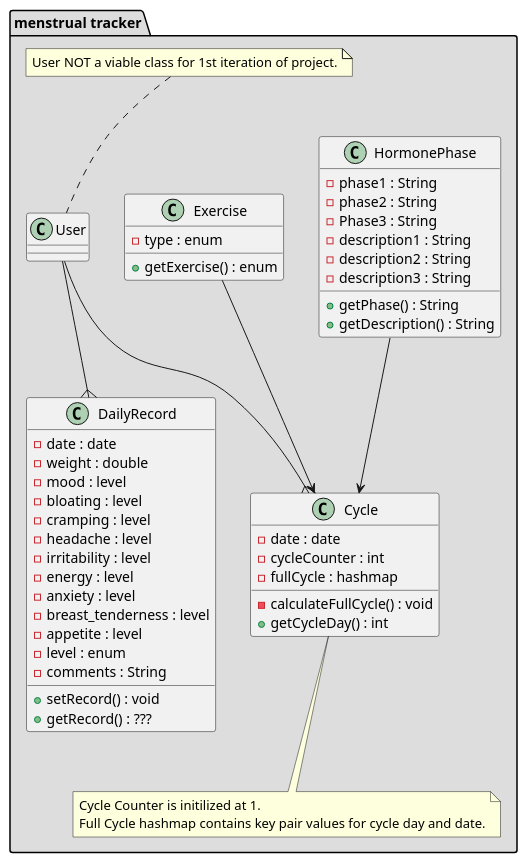
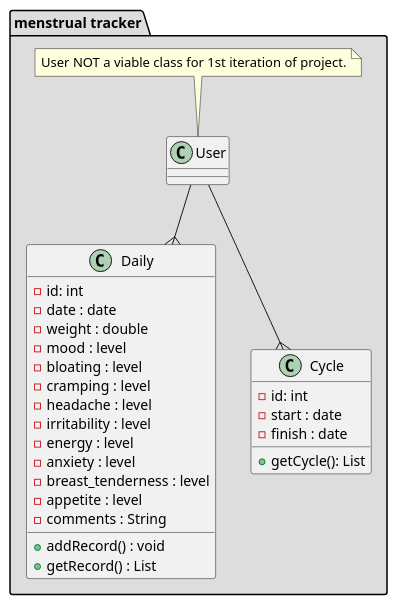
One commit to cklukas16/menstrual-tracker changed the diagram in ClassDiagram.md. Above: the diagram before and after it, drawn with PlantUML. The commit also changed 2 other files, not shown here.

Commit message:
Fixes merge conflicts (#5)

````diff
--- a/ClassDiagram.md
+++ b/ClassDiagram.md
@@ -2,67 +2,43 @@
 ```plantuml
 @startuml
 package "menstrual tracker" #DDDDDD {
     
     class User {
 
     }
     
-    class DailyRecord {
+    class Daily {
+        - id: int
         - date : date
         - weight : double
         - mood : level
         - bloating : level
         - cramping : level
         - headache : level
         - irritability : level
         - energy : level
         - anxiety : level
         - breast_tenderness : level
         - appetite : level
-        - level : enum
         - comments : String
-        + setRecord() : void
-        + getRecord() : ???
+        + addRecord() : void
+        + getRecord() : List
     }
     
     class Cycle {
-        - date : date
-        - cycleCounter : int
-        - fullCycle : hashmap
-        - calculateFullCycle() : void
-        + getCycleDay() : int
-    }
-
-    class HormonePhase {
-        - phase1 : String
-        - phase2 : String
-        - Phase3 : String
-        - description1 : String
-        - description2 : String
-        - description3 : String
-        + getPhase() : String
-        + getDescription() : String
-    }
-
-    class Exercise {
-        - type : enum
-        + getExercise() : enum
+        - id: int
+        - start : date
+        - finish : date
+        + getCycle(): List
     }
 
     User --{ Cycle
-    User --{ DailyRecord
-    HormonePhase --> Cycle
-    Exercise --> Cycle
+    User --{ Daily
 
     note top of User 
         User NOT a viable class for 1st iteration of project.
-    end note
-
-    note bottom of Cycle 
-        Cycle Counter is initilized at 1.
-        Full Cycle hashmap contains key pair values for cycle day and date.
     end note
    
 }
 @enduml
 ```
````
